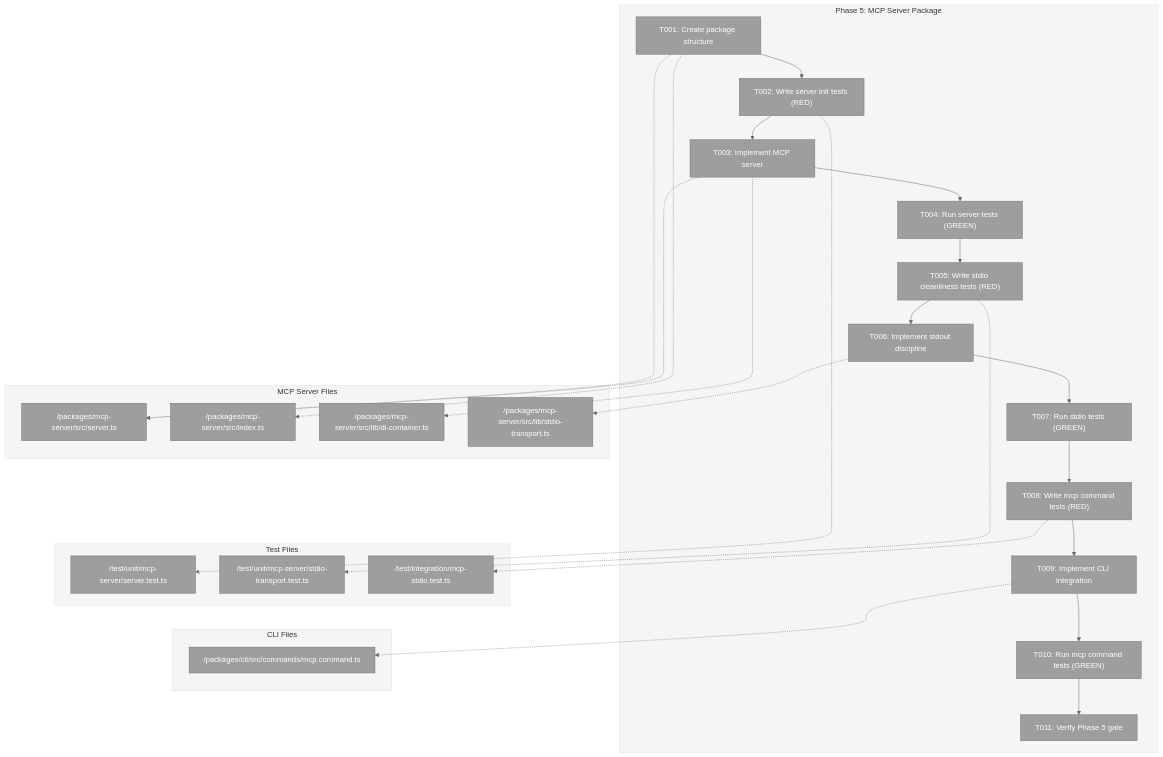
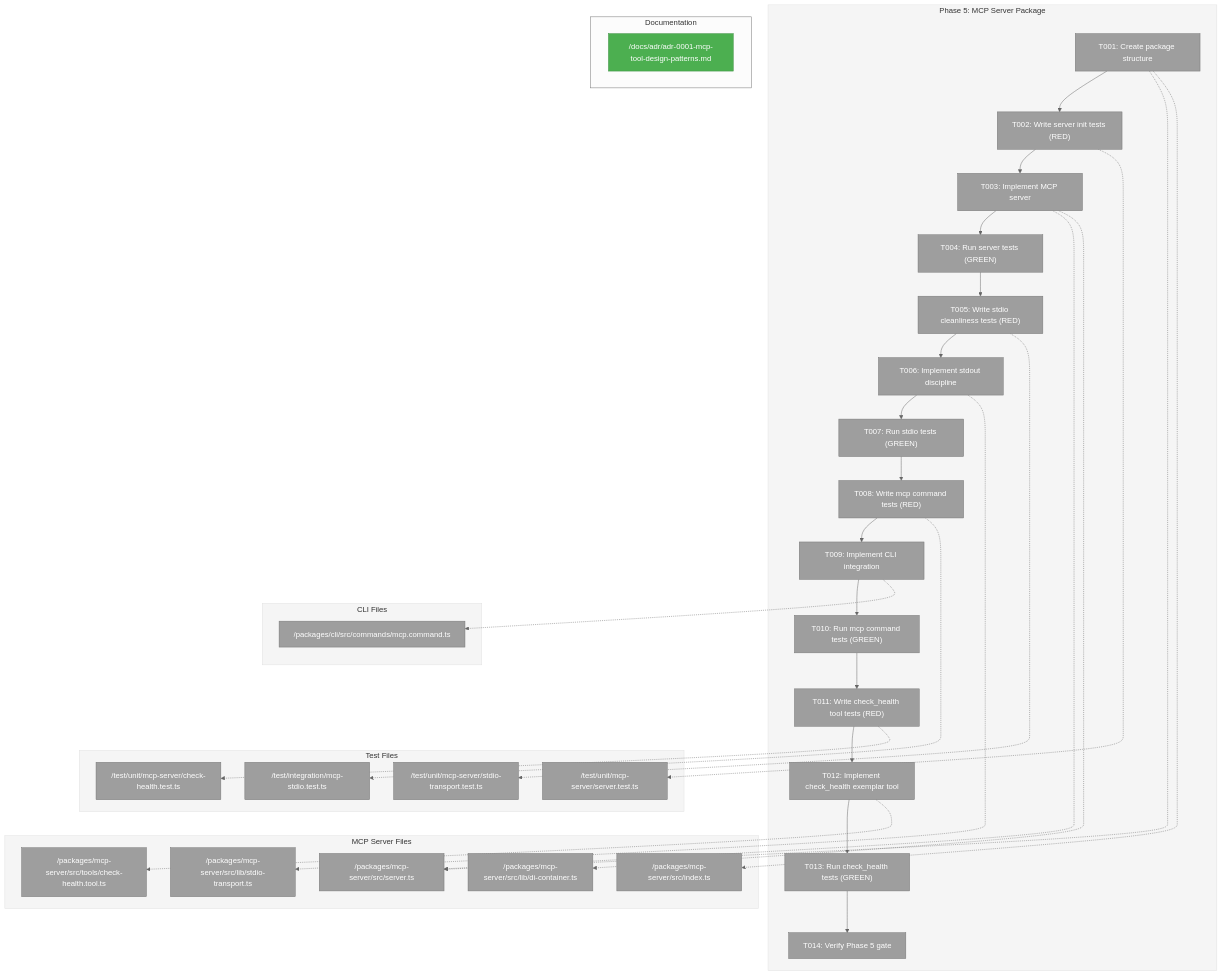
One commit to AI-Substrate/chainglass changed the first of 3 diagrams in docs/plans/001-project-setup/tasks/phase-5-mcp-server-package/tasks.md. Above: the diagram before and after it, drawn with Mermaid (neutral theme). The commit also changed other lines of this file and 4 other files, not shown here.

Commit message:
feat(docs): Add ADR index and document MCP tool design patterns

````diff
--- a/docs/plans/001-project-setup/tasks/phase-5-mcp-server-package/tasks.md
+++ b/docs/plans/001-project-setup/tasks/phase-5-mcp-server-package/tasks.md
@@ -77,64 +79,78 @@
 ```mermaid
 flowchart TD
     classDef pending fill:#9E9E9E,stroke:#757575,color:#fff
     classDef inprogress fill:#FF9800,stroke:#F57C00,color:#fff
     classDef completed fill:#4CAF50,stroke:#388E3C,color:#fff
     classDef blocked fill:#F44336,stroke:#D32F2F,color:#fff
 
     style Phase fill:#F5F5F5,stroke:#E0E0E0
     style ServerFiles fill:#F5F5F5,stroke:#E0E0E0
     style CLIFiles fill:#F5F5F5,stroke:#E0E0E0
     style TestFiles fill:#F5F5F5,stroke:#E0E0E0
 
     subgraph Phase["Phase 5: MCP Server Package"]
         T001["T001: Create package structure"]:::pending
         T002["T002: Write server init tests (RED)"]:::pending
         T003["T003: Implement MCP server"]:::pending
         T004["T004: Run server tests (GREEN)"]:::pending
         T005["T005: Write stdio cleanliness tests (RED)"]:::pending
         T006["T006: Implement stdout discipline"]:::pending
         T007["T007: Run stdio tests (GREEN)"]:::pending
         T008["T008: Write mcp command tests (RED)"]:::pending
         T009["T009: Implement CLI integration"]:::pending
         T010["T010: Run mcp command tests (GREEN)"]:::pending
-        T011["T011: Verify Phase 5 gate"]:::pending
+        T011["T011: Write check_health tool tests (RED)"]:::pending
+        T012["T012: Implement check_health exemplar tool"]:::pending
+        T013["T013: Run check_health tests (GREEN)"]:::pending
+        T014["T014: Verify Phase 5 gate"]:::pending
 
         T001 --> T002
         T002 --> T003
         T003 --> T004
         T004 --> T005
         T005 --> T006
         T006 --> T007
         T007 --> T008
         T008 --> T009
         T009 --> T010
         T010 --> T011
+        T011 --> T012
+        T012 --> T013
+        T013 --> T014
     end
 
     subgraph ServerFiles["MCP Server Files"]
         S1["/packages/mcp-server/src/server.ts"]:::pending
         S2["/packages/mcp-server/src/index.ts"]:::pending
         S3["/packages/mcp-server/src/lib/di-container.ts"]:::pending
         S4["/packages/mcp-server/src/lib/stdio-transport.ts"]:::pending
+        S5["/packages/mcp-server/src/tools/check-health.tool.ts"]:::pending
     end
 
     subgraph CLIFiles["CLI Files"]
         C1["/packages/cli/src/commands/mcp.command.ts"]:::pending
     end
 
+    subgraph DocsFiles["Documentation"]
+        D1["/docs/adr/adr-0001-mcp-tool-design-patterns.md"]:::completed
+    end
+
     subgraph TestFiles["Test Files"]
         Te1["/test/unit/mcp-server/server.test.ts"]:::pending
         Te2["/test/unit/mcp-server/stdio-transport.test.ts"]:::pending
         Te3["/test/integration/mcp-stdio.test.ts"]:::pending
+        Te4["/test/unit/mcp-server/check-health.test.ts"]:::pending
     end
 
     T001 -.-> S1
     T001 -.-> S2
     T003 -.-> S1
     T003 -.-> S3
     T006 -.-> S4
     T009 -.-> C1
+    T012 -.-> S5
     T002 -.-> Te1
     T005 -.-> Te2
     T008 -.-> Te3
+    T011 -.-> Te4
 ```
````
